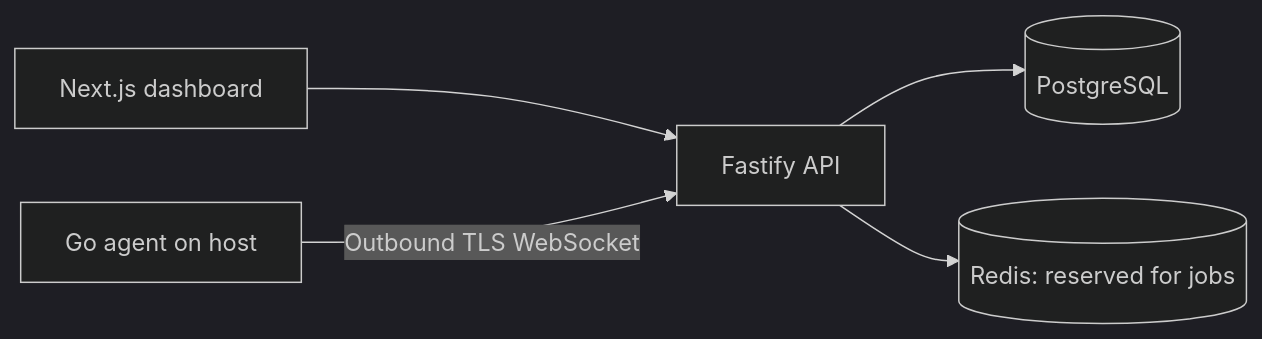
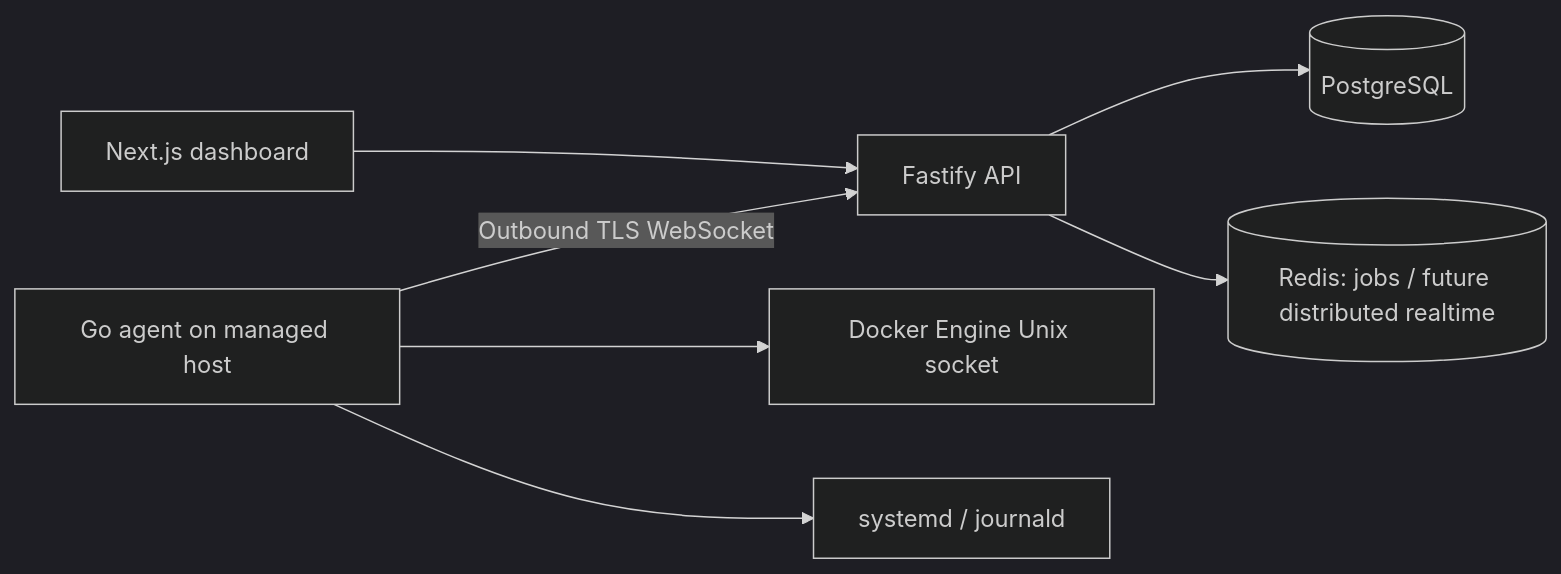
One commit to The-Null-Catchers/CloudDeck changed the diagram in README.md. Above: the diagram before and after it, drawn with Mermaid (dark theme). The commit also changed other lines of this file and 10 other files, not shown here.

````diff
--- a/README.md
+++ b/README.md
@@ -17,7 +20,9 @@
 ```mermaid
 flowchart LR
   Web[Next.js dashboard] --> API[Fastify API]
   API --> PG[(PostgreSQL)]
-  API --> Redis[(Redis: reserved for jobs)]
-  Agent[Go agent on host] -->|Outbound TLS WebSocket| API
+  API --> Redis[(Redis: jobs / future distributed realtime)]
+  Agent[Go agent on managed host] -->|Outbound TLS WebSocket| API
+  Agent --> Docker[Docker Engine Unix socket]
+  Agent --> Systemd[systemd / journald]
 ```
````
